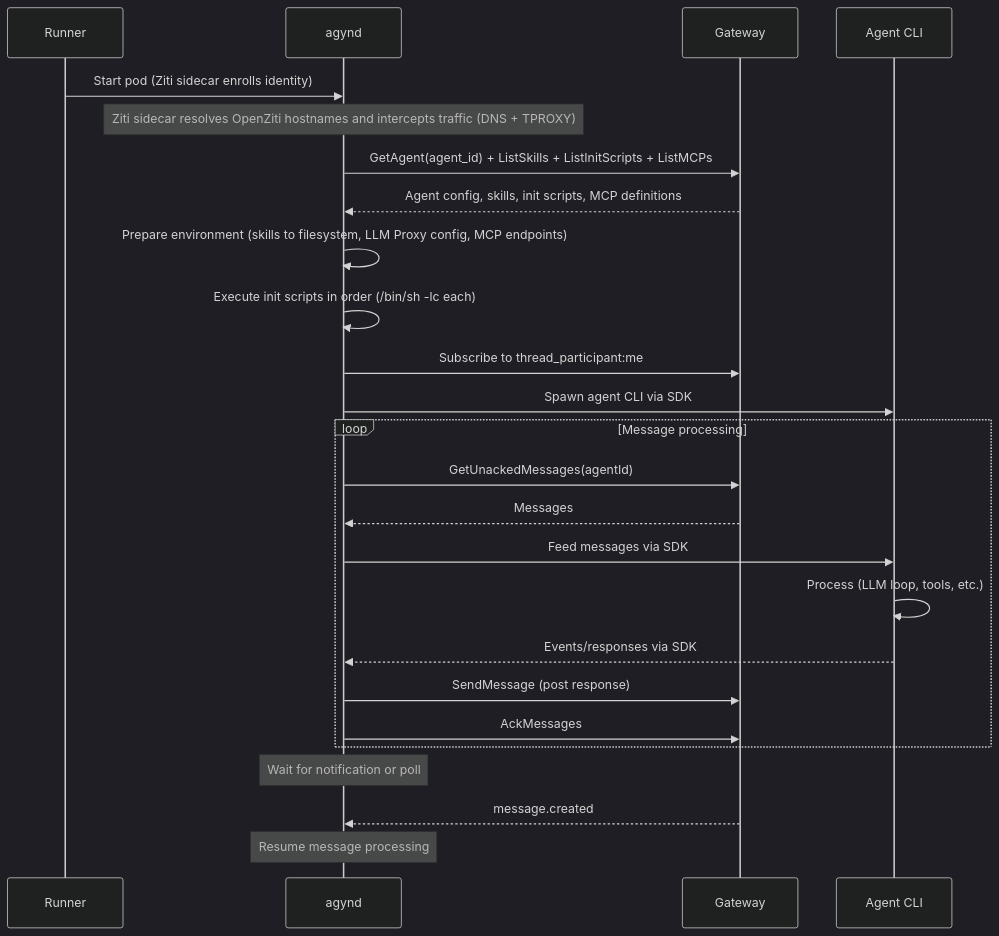
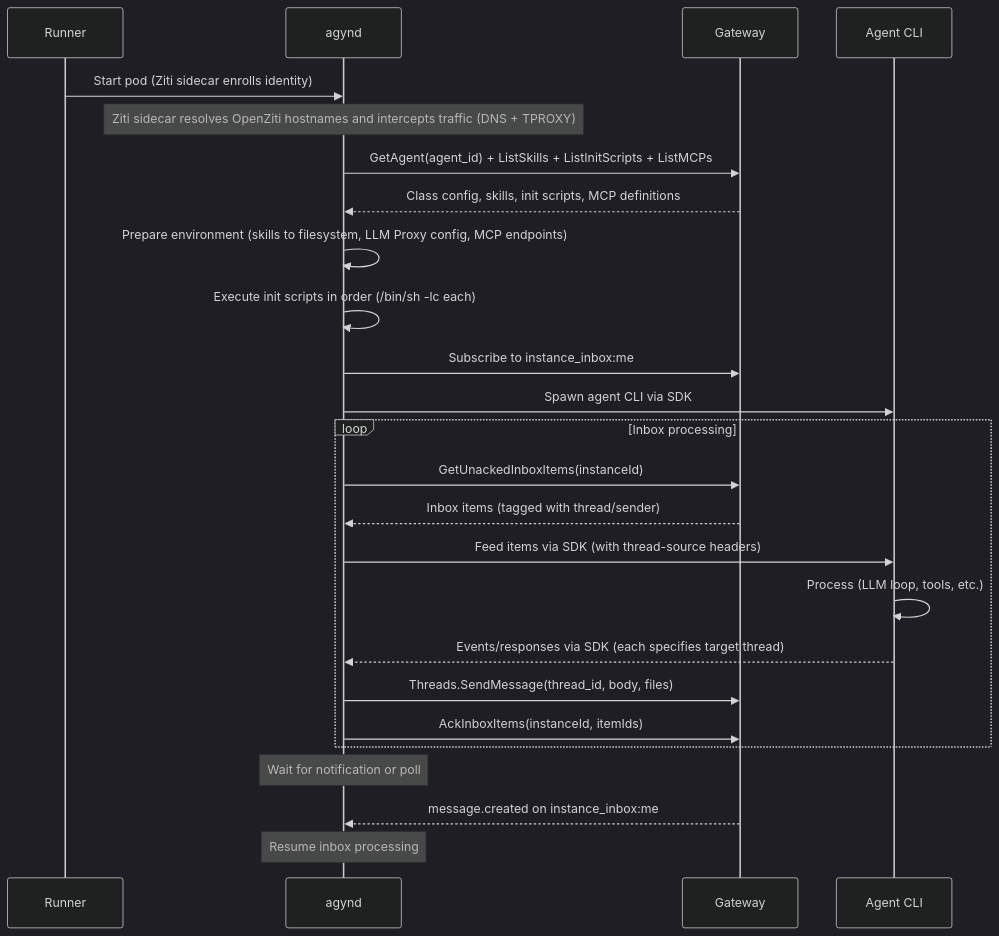
The second of 2 diagrams in architecture/agynd-cli.md (agynio/architecture), drawn with Mermaid (dark theme) before and after one commit. The commit also changed other lines of this file and 10 other files, not shown here.

````diff
--- a/architecture/agynd-cli.md
+++ b/architecture/agynd-cli.md
@@ -236,30 +240,30 @@
 ```mermaid
 sequenceDiagram
     participant R as Runner
     participant D as agynd
     participant GW as Gateway
     participant A as Agent CLI
 
     R->>D: Start pod (Ziti sidecar enrolls identity)
     Note over D: Ziti sidecar resolves OpenZiti hostnames and intercepts traffic (DNS + TPROXY)
     D->>GW: GetAgent(agent_id) + ListSkills + ListInitScripts + ListMCPs
-    GW-->>D: Agent config, skills, init scripts, MCP definitions
+    GW-->>D: Class config, skills, init scripts, MCP definitions
     D->>D: Prepare environment (skills to filesystem, LLM Proxy config, MCP endpoints)
     D->>D: Execute init scripts in order (/bin/sh -lc each)
-    D->>GW: Subscribe to thread_participant:me
+    D->>GW: Subscribe to instance_inbox:me
     D->>A: Spawn agent CLI via SDK
 
-    loop Message processing
-        D->>GW: GetUnackedMessages(agentId)
-        GW-->>D: Messages
-        D->>A: Feed messages via SDK
+    loop Inbox processing
+        D->>GW: GetUnackedInboxItems(instanceId)
+        GW-->>D: Inbox items (tagged with thread/sender)
+        D->>A: Feed items via SDK (with thread-source headers)
         A->>A: Process (LLM loop, tools, etc.)
-        A-->>D: Events/responses via SDK
-        D->>GW: SendMessage (post response)
-        D->>GW: AckMessages
+        A-->>D: Events/responses via SDK (each specifies target thread)
+        D->>GW: Threads.SendMessage(thread_id, body, files)
+        D->>GW: AckInboxItems(instanceId, itemIds)
     end
 
     Note over D: Wait for notification or poll
-    GW-->>D: message.created
-    Note over D: Resume message processing
+    GW-->>D: message.created on instance_inbox:me
+    Note over D: Resume inbox processing
 ```
````
